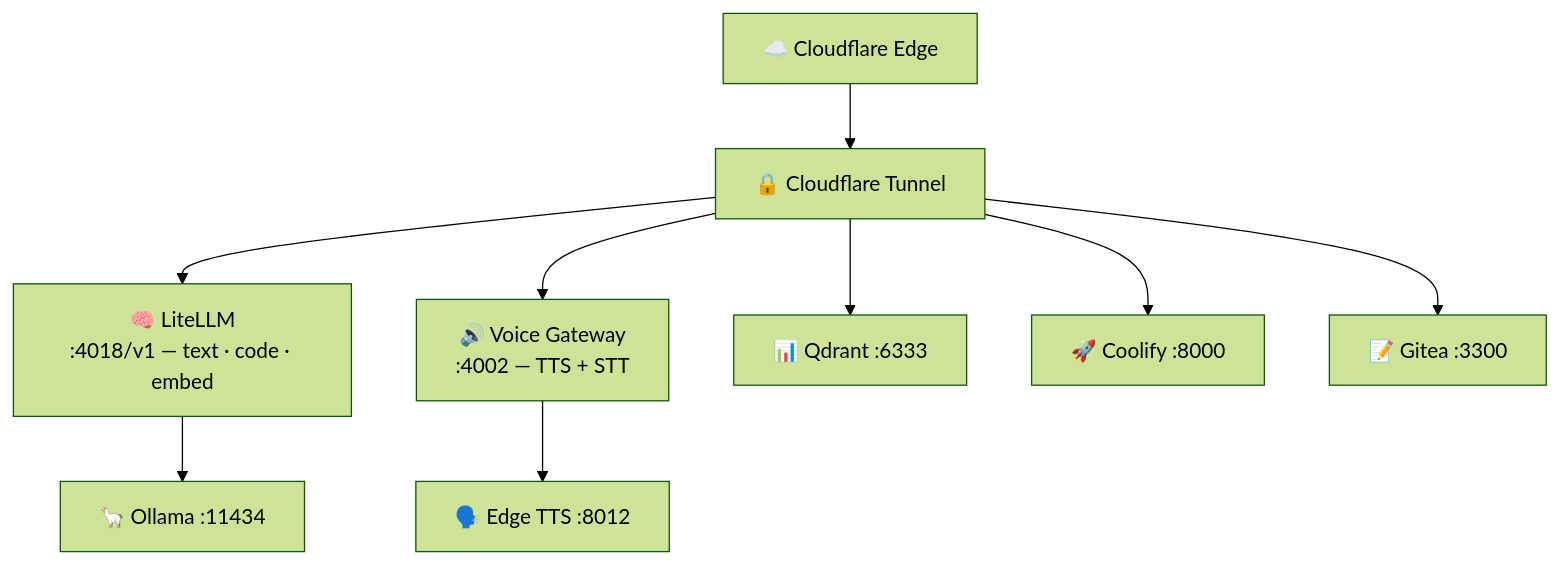
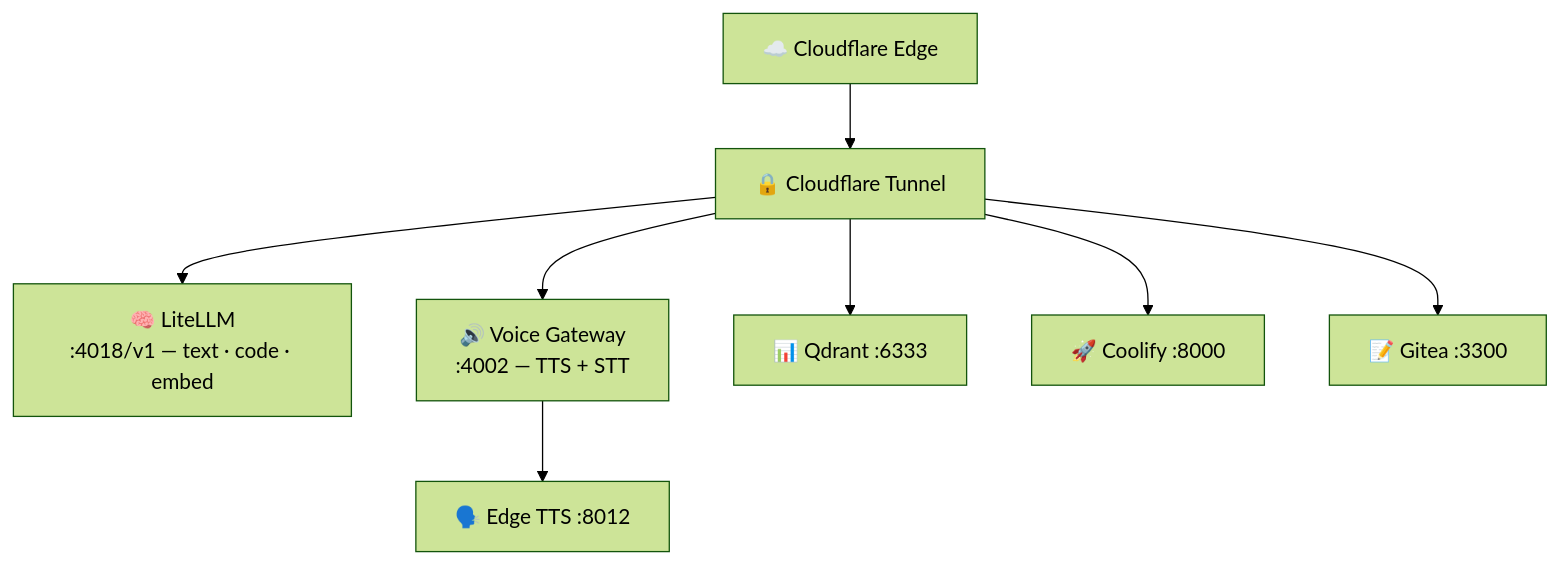
One commit to zapprosite/monorepo changed the diagram in README.md. Above: the diagram before and after it, drawn with Mermaid (forest theme). The commit also changed other lines of this file and 16 other files, not shown here.

````diff
--- a/README.md
+++ b/README.md
@@ -12,11 +26,10 @@
 ```mermaid
 graph TB
     CF["☁️ Cloudflare Edge"] --> Tunnel["🔒 Cloudflare Tunnel"]
     Tunnel --> LLM["🧠 LiteLLM<br/>:4018/v1 — text · code · embed"]
     Tunnel --> Voice["🔊 Voice Gateway<br/>:4002 — TTS + STT"]
     Tunnel --> Qdrant["📊 Qdrant :6333"]
     Tunnel --> Coolify["🚀 Coolify :8000"]
     Tunnel --> Gitea["📝 Gitea :3300"]
-    LLM --> Ollama["🦙 Ollama :11434"]
     Voice --> EdgeTTS["🗣️ Edge TTS :8012"]
 ```
````
